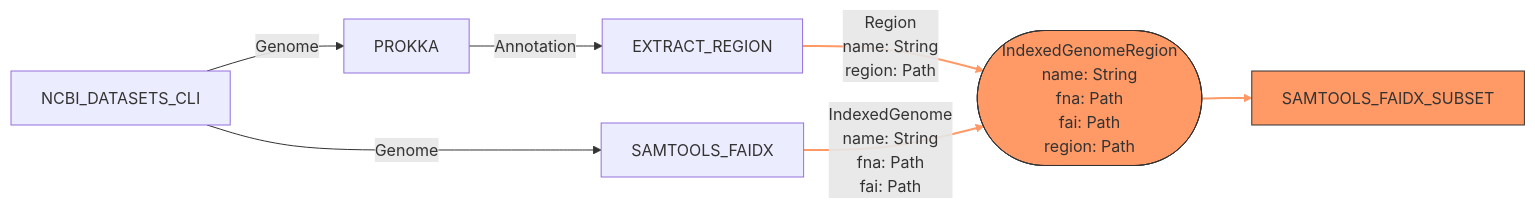
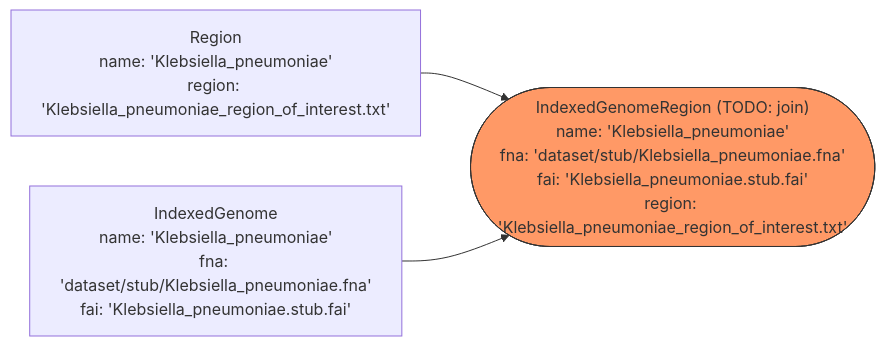
Before and after one commit to bu-cds-bf528/lab03-template: the ninth of 11 diagrams in part2/README.md, drawn with Mermaid. The commit also changed other lines of this file and 9 other files, not shown here.

````diff
--- a/part2/README.md
+++ b/part2/README.md
@@ -327,12 +268,8 @@
 ```mermaid
 flowchart LR
-    NCBI[NCBI_DATASETS_CLI] -->|Genome| PROKKA[PROKKA]
-    PROKKA -->|Annotation| EXTRACT[EXTRACT_REGION]
-    NCBI -->|Genome| FAIDX[SAMTOOLS_FAIDX]
-    EXTRACT -->|"Region<br/>name: String<br/>region: Path"| MERGED(["IndexedGenomeRegion<br/>name: String<br/>fna: Path<br/>fai: Path<br/>region: Path"])
-    FAIDX -->|"IndexedGenome<br/>name: String<br/>fna: Path<br/>fai: Path"| MERGED
-    MERGED --> SUBSET[SAMTOOLS_FAIDX_SUBSET]
+    REGION["Region<br/>name: 'Klebsiella_pneumoniae'<br/>region: 'Klebsiella_pneumoniae_region_of_interest.txt'"] --> MERGED
+    IDX["IndexedGenome<br/>name: 'Klebsiella_pneumoniae'<br/>fna: 'dataset/stub/Klebsiella_pneumoniae.fna'<br/>fai: 'Klebsiella_pneumoniae.stub.fai'"] --> MERGED
+    MERGED(["IndexedGenomeRegion (TODO: join)<br/>name: 'Klebsiella_pneumoniae'<br/>fna: 'dataset/stub/Klebsiella_pneumoniae.fna'<br/>fai: 'Klebsiella_pneumoniae.stub.fai'<br/>region: 'Klebsiella_pneumoniae_region_of_interest.txt'"])
     classDef new fill:#f96,stroke:#333
-    class SUBSET,MERGED new
-    linkStyle 3,4,5 stroke:#f96,stroke-width:2px
+    class MERGED new
 ```
````
